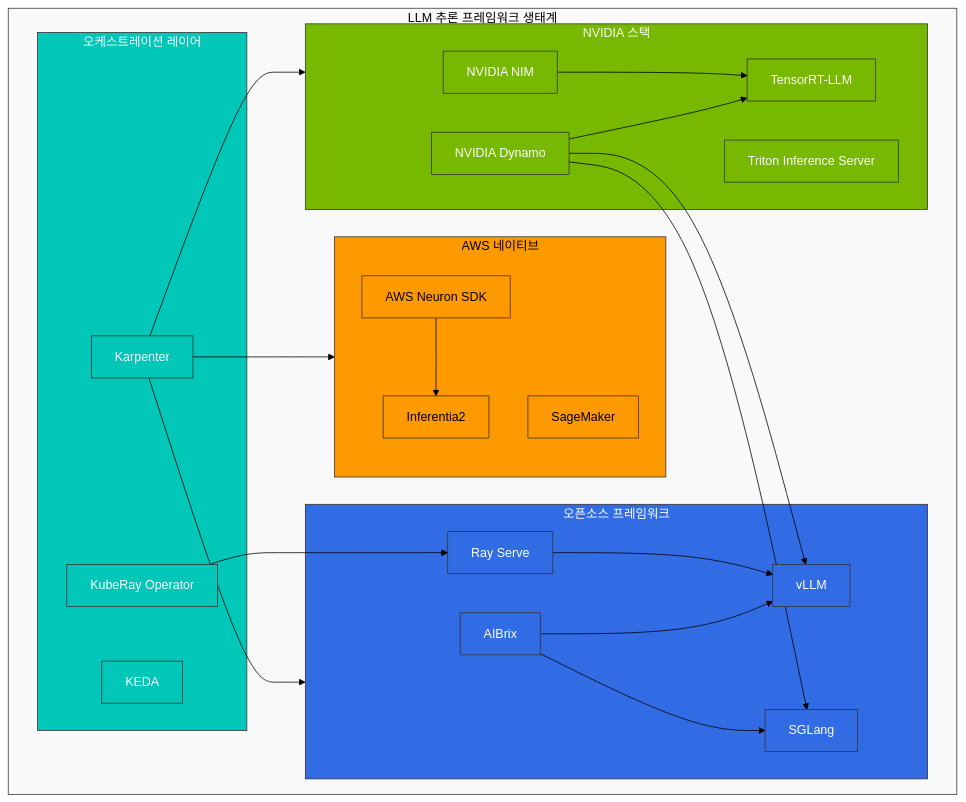
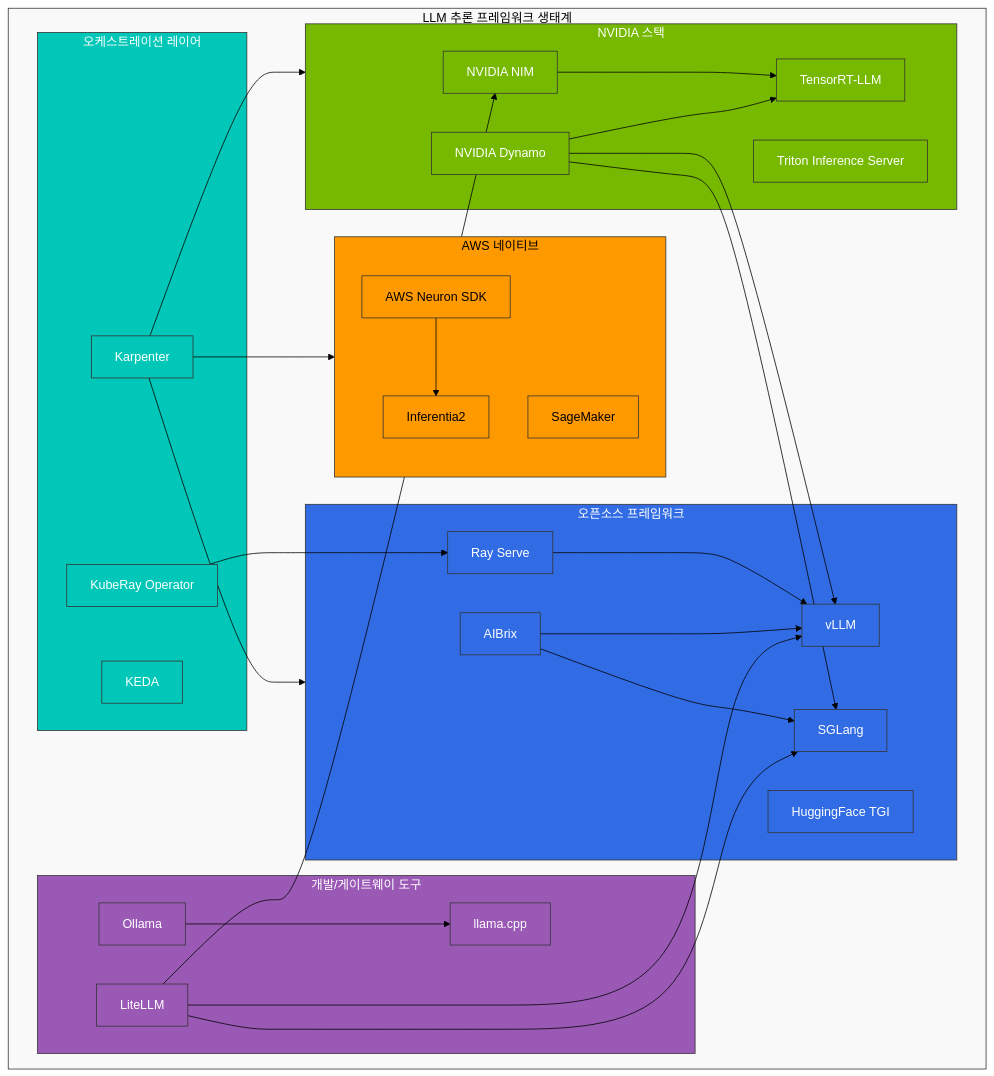
The first of 4 diagrams in ko/ai-ml/04-inference-frameworks.md (Atom-oh/kubernetes-docs), drawn with Mermaid (forest theme) before and after one commit. The commit also changed other lines of this file and 7 other files, not shown here.

First line of the commit message:
docs: reorganize AI/ML lecture flow and enhance vLLM/open-source coverage

````diff
--- a/ko/ai-ml/04-inference-frameworks.md
+++ b/ko/ai-ml/04-inference-frameworks.md
@@ -12,57 +12,70 @@
 ```mermaid
 flowchart TD
     subgraph Ecosystem [LLM 추론 프레임워크 생태계]
         subgraph NVIDIAStack [NVIDIA 스택]
             NIM[NVIDIA NIM]
             Dynamo[NVIDIA Dynamo]
             TensorRTLLM[TensorRT-LLM]
             Triton[Triton Inference Server]
         end
 
         subgraph OpenSource [오픈소스 프레임워크]
             vLLM[vLLM]
             SGLang[SGLang]
+            TGI[HuggingFace TGI]
             AIBrix[AIBrix]
             RayServe[Ray Serve]
+        end
+
+        subgraph DevTools [개발/게이트웨이 도구]
+            Ollama[Ollama]
+            LiteLLM[LiteLLM]
+            LlamaCpp[llama.cpp]
         end
 
         subgraph AWSNative [AWS 네이티브]
             Neuron[AWS Neuron SDK]
             Inferentia[Inferentia2]
             SageMaker[SageMaker]
         end
 
         subgraph Orchestration [오케스트레이션 레이어]
             KubeRay[KubeRay Operator]
             Karpenter[Karpenter]
             KEDA[KEDA]
         end
     end
 
     NIM --> TensorRTLLM
     Dynamo --> vLLM
     Dynamo --> SGLang
     Dynamo --> TensorRTLLM
     RayServe --> vLLM
     AIBrix --> vLLM
     AIBrix --> SGLang
 
     Neuron --> Inferentia
+    LiteLLM --> vLLM
+    LiteLLM --> SGLang
+    LiteLLM --> NIM
+    Ollama --> LlamaCpp
 
     KubeRay --> RayServe
     Karpenter --> NVIDIAStack
     Karpenter --> OpenSource
     Karpenter --> AWSNative
 
     classDef nvidiaNode fill:#76B900,stroke:#333,stroke-width:1px,color:white;
     classDef ossNode fill:#326CE5,stroke:#333,stroke-width:1px,color:white;
     classDef awsNode fill:#FF9900,stroke:#333,stroke-width:1px,color:black;
     classDef orchNode fill:#00C7B7,stroke:#333,stroke-width:1px,color:white;
+    classDef devToolNode fill:#9B59B6,stroke:#333,stroke-width:1px,color:white;
     classDef default fill:#f9f9f9,stroke:#333,stroke-width:1px,color:black;
 
     class NIM,Dynamo,TensorRTLLM,Triton,NVIDIAStack nvidiaNode;
-    class vLLM,SGLang,AIBrix,RayServe,OpenSource ossNode;
+    class vLLM,SGLang,TGI,AIBrix,RayServe,OpenSource ossNode;
     class Neuron,Inferentia,SageMaker,AWSNative awsNode;
     class KubeRay,Karpenter,KEDA,Orchestration orchNode;
+    class Ollama,LiteLLM,LlamaCpp,DevTools devToolNode;
     class Ecosystem default;
 ```
````
